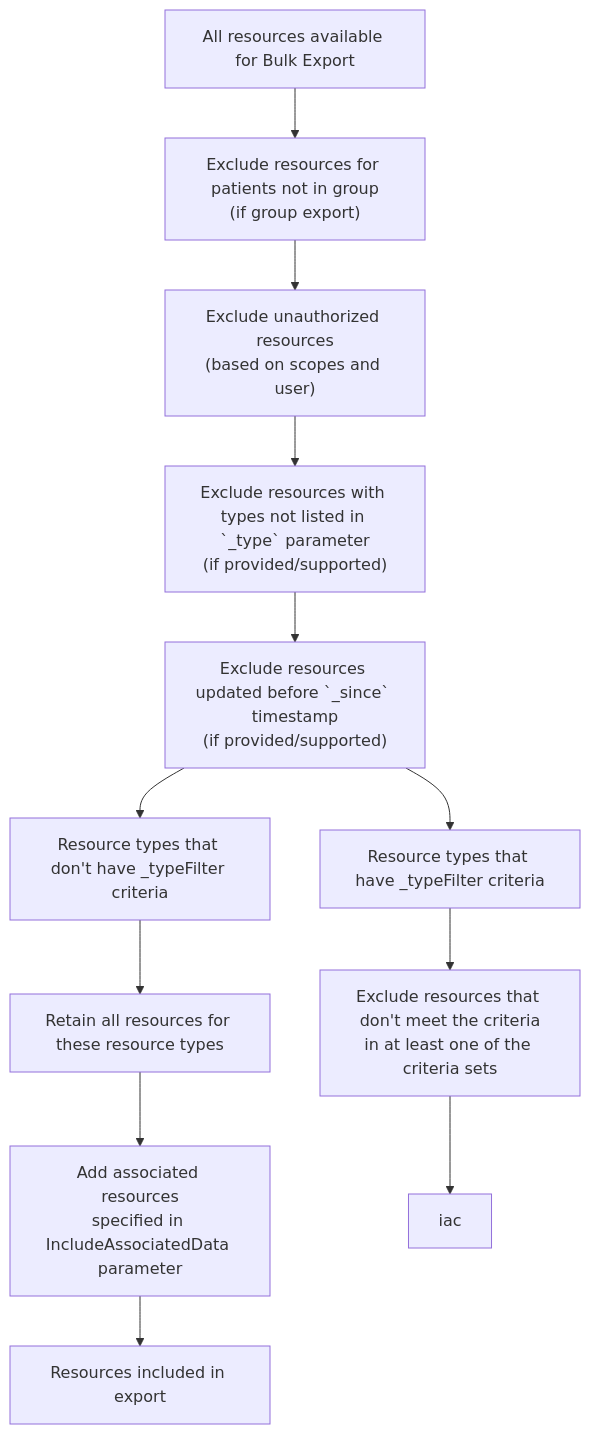
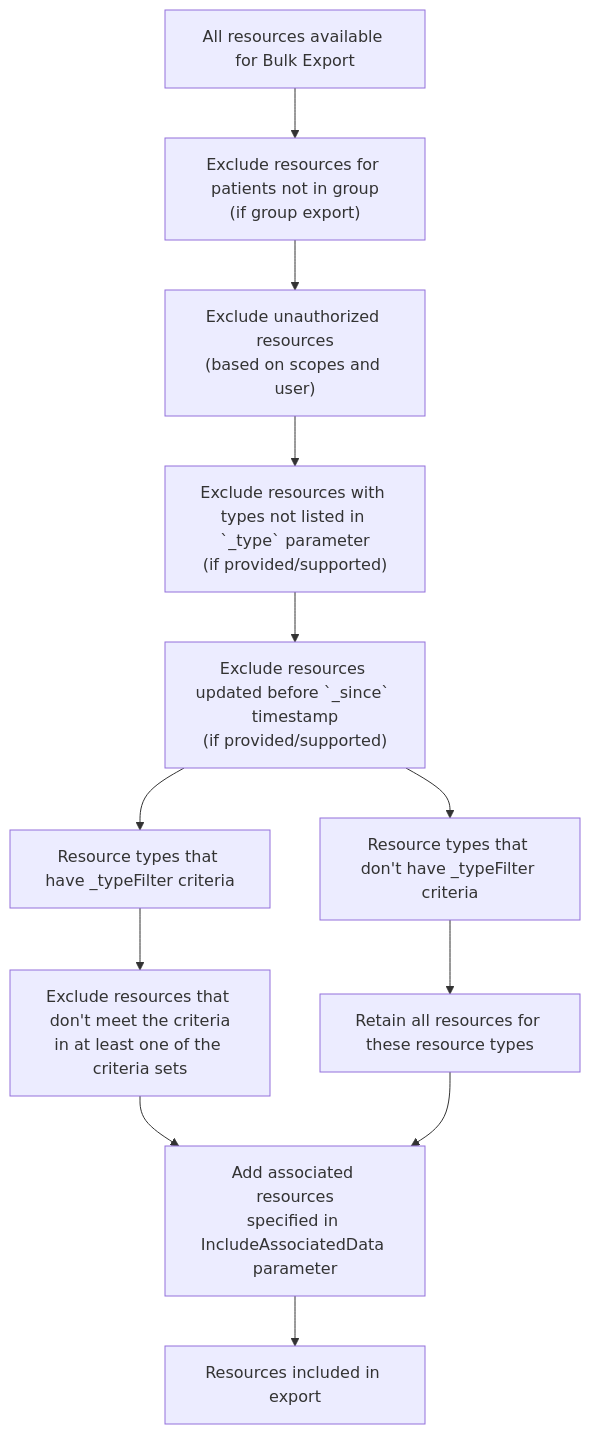
The diagram in input/images/process-flow.md (HL7/bulk-data), drawn with Mermaid before and after one commit. The commit also changed 1 other file, not shown here.

Commit message:
typo in diagram

````diff
--- a/input/images/process-flow.md
+++ b/input/images/process-flow.md
@@ -1,17 +1,17 @@
 ```mermaid
 flowchart TB
     all[All resources available for Bulk Export]
     group["Exclude resources for patients not in group\n(if group export)"]
     authz["Exclude unauthorized resources\n(based on scopes and user)"]
     type["Exclude resources with types not listed in `_type` parameter\n(if provided/supported)"]
     since["Exclude resources updated before `_since` timestamp\n(if provided/supported)"]
     typefilter_criteria[Resource types that have _typeFilter criteria]
     typefilter_filter[Exclude resources that don't meet the criteria\nin at least one of the criteria sets]
     typefilter_no_criteria[Resource types that don't have _typeFilter criteria]
     typefilter_no_filter[Retain all resources for these resource types]
     iad[Add associated resources\nspecified in IncludeAssociatedData parameter]
     return[Resources included in export]
-    all --> group --> authz --> type --> since --> typefilter_criteria --> typefilter_filter --> iac
+    all --> group --> authz --> type --> since --> typefilter_criteria --> typefilter_filter --> iad
     since --> typefilter_no_criteria --> typefilter_no_filter --> iad
     iad --> return
 ```
````
